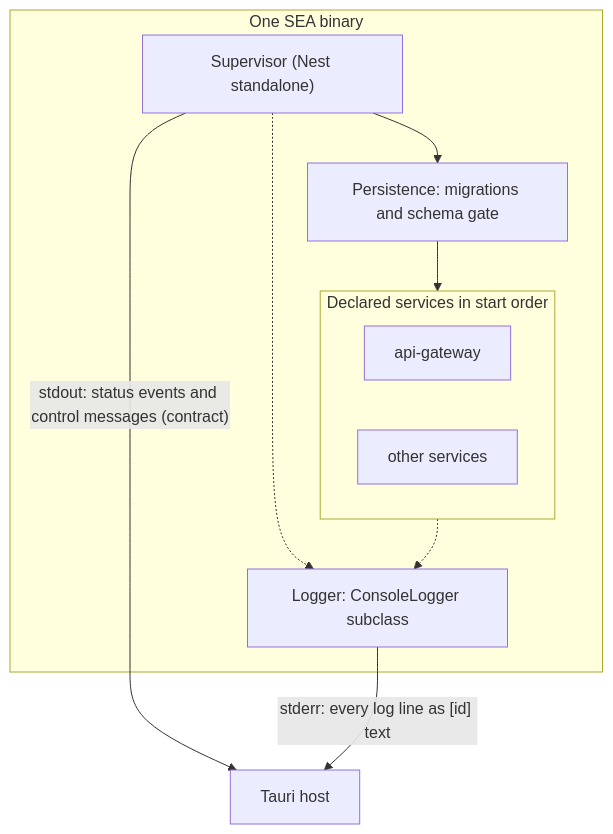
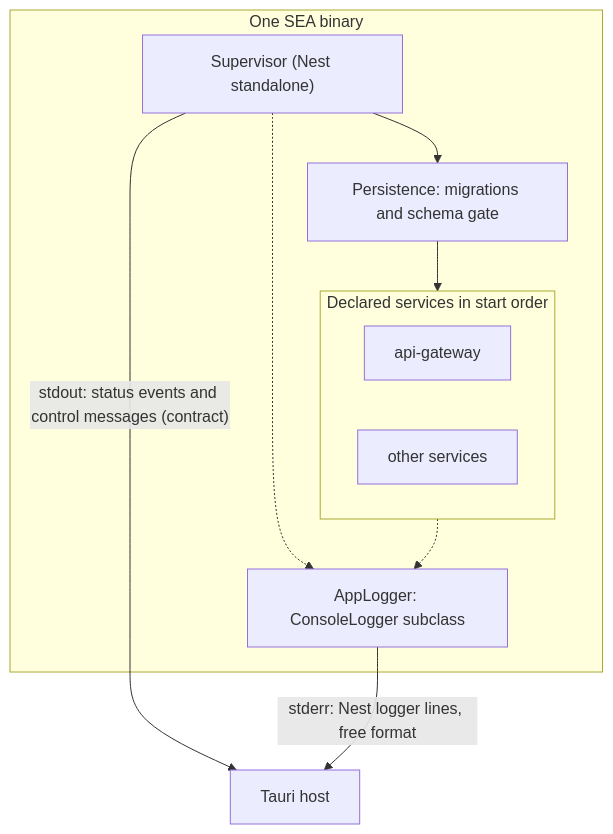
The second of 3 diagrams in docs/architecture/adr/ADR-013-nest-standalone-architecture.md (virgenherrera/lan-solution-template), drawn with Mermaid before and after one commit. The commit also changed other lines of this file and 5 other files, not shown here.

First line of the commit message:
docs: align the logging docs with the Nest logger

````diff
--- a/docs/architecture/adr/ADR-013-nest-standalone-architecture.md
+++ b/docs/architecture/adr/ADR-013-nest-standalone-architecture.md
@@ -78,18 +78,18 @@
 ```mermaid
 flowchart TB
   Host["Tauri host"]
   subgraph Bin["One SEA binary"]
     Sup["Supervisor (Nest standalone)"]
     Pers["Persistence: migrations and schema gate"]
     subgraph Svc["Declared services in start order"]
       GW["api-gateway"]
       Other["other services"]
     end
-    Log["Logger: ConsoleLogger subclass"]
+    Log["AppLogger: ConsoleLogger subclass"]
   end
   Sup --> Pers --> Svc
   Sup -.-> Log
   Svc -.-> Log
   Sup -- "stdout: status events and control messages (contract)" --> Host
-  Log -- "stderr: every log line as [id] text" --> Host
+  Log -- "stderr: Nest logger lines, free format" --> Host
 ```
````
